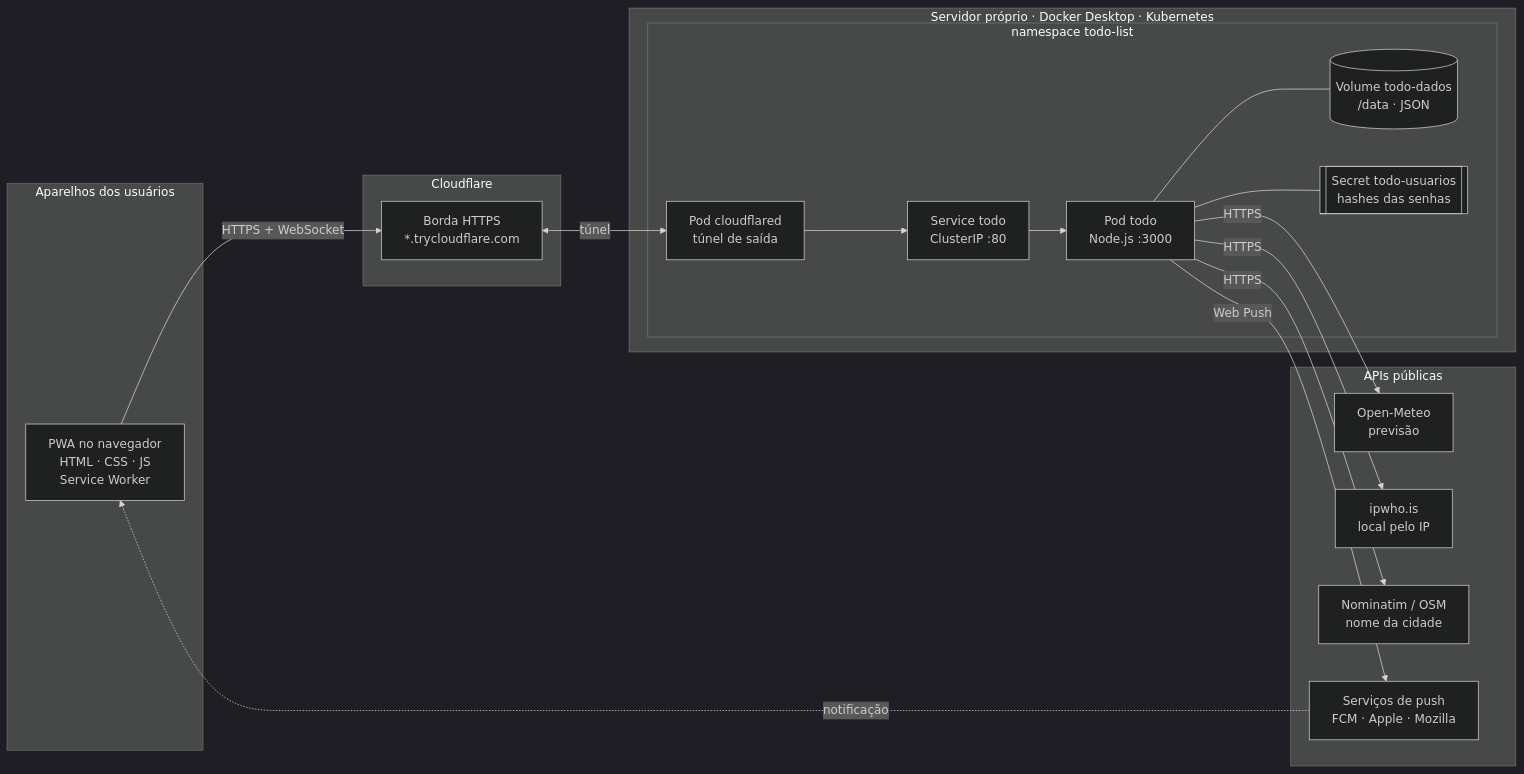
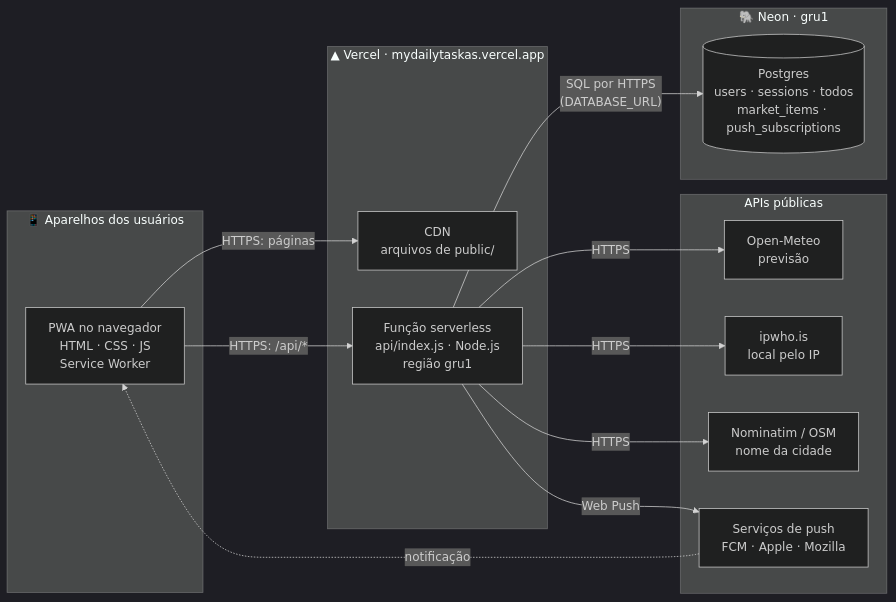
The second of 6 diagrams in README.md (CarlosAlvesSantosJr/My-daily-tasks), drawn with Mermaid (dark theme) before and after one commit. The commit also changed other lines of this file and 28 other files, not shown here.

First line of the commit message:
Versão 3.0.0: em produção na Vercel + Neon Postgres

````diff
--- a/README.md
+++ b/README.md
@@ -58,36 +112,29 @@
 ```mermaid
 flowchart LR
-    subgraph Aparelhos["Aparelhos dos usuários"]
+    subgraph Aparelhos["📱 Aparelhos dos usuários"]
         PWA["PWA no navegador<br/>HTML · CSS · JS<br/>Service Worker"]
     end
 
-    subgraph CF["Cloudflare"]
-        Edge["Borda HTTPS<br/>*.trycloudflare.com"]
+    subgraph Vercel["▲ Vercel · mydailytaskas.vercel.app"]
+        CDN["CDN<br/>arquivos de public/"]
+        Fn["Função serverless<br/>api/index.js · Node.js<br/>região gru1"]
     end
 
-    subgraph PC["Servidor próprio · Docker Desktop · Kubernetes"]
-        subgraph NS["namespace todo-list"]
-            Tunnel["Pod cloudflared<br/>túnel de saída"]
-            Svc["Service todo<br/>ClusterIP :80"]
-            App["Pod todo<br/>Node.js :3000"]
-            PVC[("Volume todo-dados<br/>/data · JSON")]
-            Secret[["Secret todo-usuarios<br/>hashes das senhas"]]
-        end
+    subgraph Neon["🐘 Neon · gru1"]
+        DB[("Postgres<br/>users · sessions · todos<br/>market_items · push_subscriptions")]
     end
 
     subgraph APIs["APIs públicas"]
         Meteo["Open-Meteo<br/>previsão"]
         IPWho["ipwho.is<br/>local pelo IP"]
         OSM["Nominatim / OSM<br/>nome da cidade"]
         PushSvc["Serviços de push<br/>FCM · Apple · Mozilla"]
     end
 
-    PWA -- "HTTPS + WebSocket" --> Edge
-    Edge <-- "túnel" --> Tunnel
-    Tunnel --> Svc --> App
-    App --- PVC
-    App --- Secret
-    App -- "HTTPS" --> Meteo & IPWho & OSM
-    App -- "Web Push" --> PushSvc
+    PWA -- "HTTPS: páginas" --> CDN
+    PWA -- "HTTPS: /api/*" --> Fn
+    Fn -- "SQL por HTTPS<br/>(DATABASE_URL)" --> DB
+    Fn -- "HTTPS" --> Meteo & IPWho & OSM
+    Fn -- "Web Push" --> PushSvc
     PushSvc -. "notificação" .-> PWA
 ```
````
